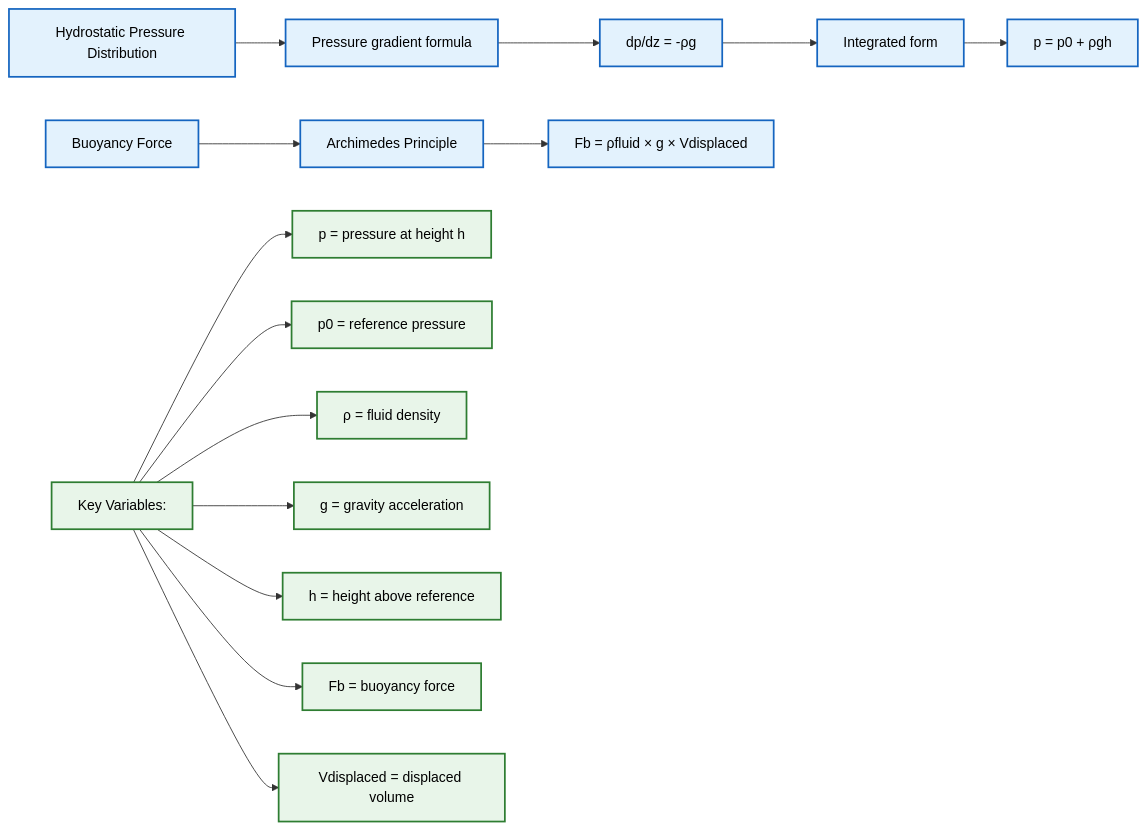
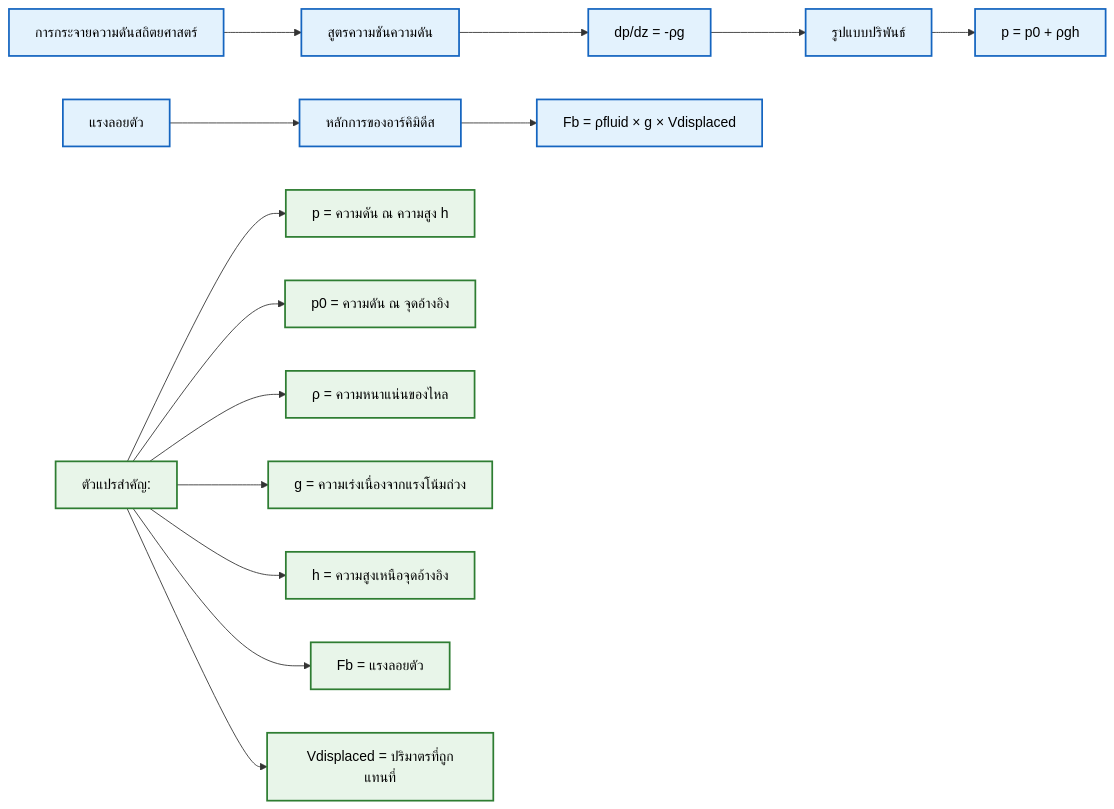
Before and after one commit to wramet/build-my-cfd: the fifth of 12 diagrams in MODULE_01_CFD_FUNDAMENTALS/lessons/01_fluid_mechanics_fundamentals.md, drawn with Mermaid. The commit also changed other lines of this file and 297 other files, not shown here.

Commit message:
Add explanation under mermaid diagram

````diff
--- a/MODULE_01_CFD_FUNDAMENTALS/lessons/01_fluid_mechanics_fundamentals.md
+++ b/MODULE_01_CFD_FUNDAMENTALS/lessons/01_fluid_mechanics_fundamentals.md
@@ -326,26 +343,24 @@
 ```mermaid
 graph LR
-    A["Hydrostatic Pressure Distribution"] --> B["Pressure gradient formula"]
+    A["การกระจายความดันสถิตยศาสตร์"] --> B["สูตรความชันความดัน"]
     B --> C["dp/dz = -ρg"]
-    C --> D["Integrated form"]
+    C --> D["รูปแบบปริพันธ์"]
     D --> E["p = p0 + ρgh"]
-    
-    F["Buoyancy Force"] --> G["Archimedes Principle"]
+
+    F["แรงลอยตัว"] --> G["หลักการของอาร์คิมิดีส"]
     G --> H["Fb = ρfluid × g × Vdisplaced"]
-    
-    I["Key Variables:"] --> J["p = pressure at height h"]
-    I --> K["p0 = reference pressure"]
-    I --> L["ρ = fluid density"]
-    I --> M["g = gravity acceleration"]
-    I --> N["h = height above reference"]
-    I --> O["Fb = buoyancy force"]
-    I --> P["Vdisplaced = displaced volume"]
-    
+
+    I["ตัวแปรสำคัญ:"] --> J["p = ความดัน ณ ความสูง h"]
+    I --> K["p0 = ความดัน ณ จุดอ้างอิง"]
+    I --> L["ρ = ความหนาแน่นของไหล"]
+    I --> M["g = ความเร่งเนื่องจากแรงโน้มถ่วง"]
+    I --> N["h = ความสูงเหนือจุดอ้างอิง"]
+    I --> O["Fb = แรงลอยตัว"]
+    I --> P["Vdisplaced = ปริมาตรที่ถูกแทนที่"]
+
     classDef process fill:#e3f2fd,stroke:#1565c0,stroke-width:2px,color:#000;
-    classDef decision fill:#fff9c4,stroke:#fbc02d,stroke-width:2px,color:#000;
-    classDef terminator fill:#ffebee,stroke:#c62828,stroke-width:2px,color:#000;
     classDef storage fill:#e8f5e9,stroke:#2e7d32,stroke-width:2px,color:#000;
-    
+
     class A,B,C,D,E,F,G,H process;
     class I,J,K,L,M,N,O,P storage;
 ```
````
